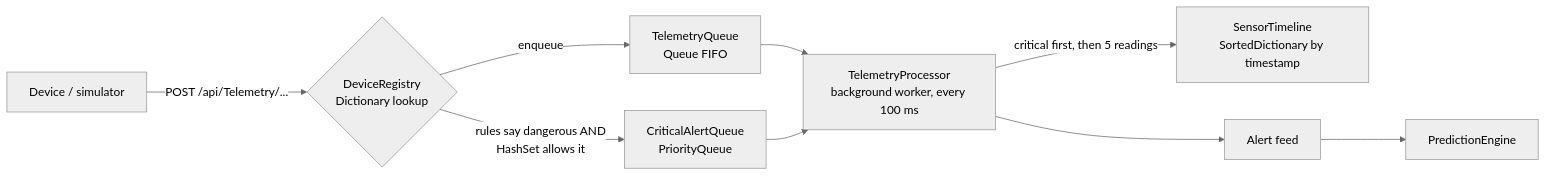
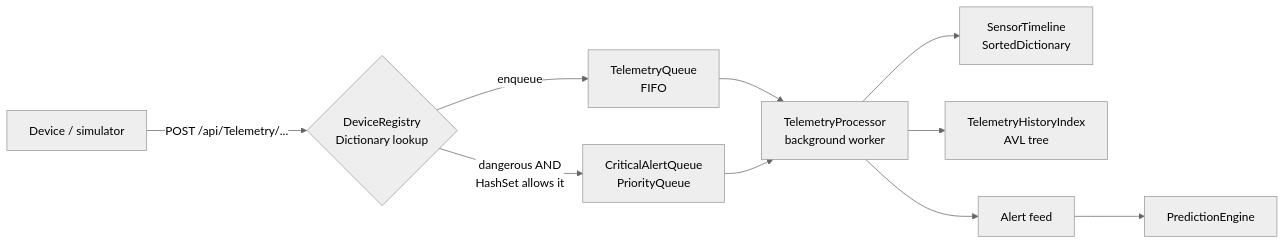
The diagram in README.md (Jackson-Matthew/Smart-X-IoT-Mesh), drawn with Mermaid (neutral theme) before and after one commit. The commit also changed other lines of this file and 1 other file, not shown here.

````diff
--- a/README.md
+++ b/README.md
@@ -153,11 +113,12 @@
 ```mermaid
 flowchart LR
     D[Device / simulator] -->|POST /api/Telemetry/...| R{DeviceRegistry<br/>Dictionary lookup}
-    R -->|enqueue| Q[TelemetryQueue<br/>Queue FIFO]
-    R -->|rules say dangerous AND<br/>HashSet allows it| P[CriticalAlertQueue<br/>PriorityQueue]
-    Q --> W[TelemetryProcessor<br/>background worker, every 100 ms]
+    R -->|enqueue| Q[TelemetryQueue<br/>FIFO]
+    R -->|dangerous AND<br/>HashSet allows it| P[CriticalAlertQueue<br/>PriorityQueue]
+    Q --> W[TelemetryProcessor<br/>background worker]
     P --> W
-    W -->|critical first, then 5 readings| T[SensorTimeline<br/>SortedDictionary by timestamp]
+    W --> T[SensorTimeline<br/>SortedDictionary]
+    W --> H[TelemetryHistoryIndex<br/>AVL tree]
     W --> A[Alert feed]
     A --> E[PredictionEngine]
 ```
````
